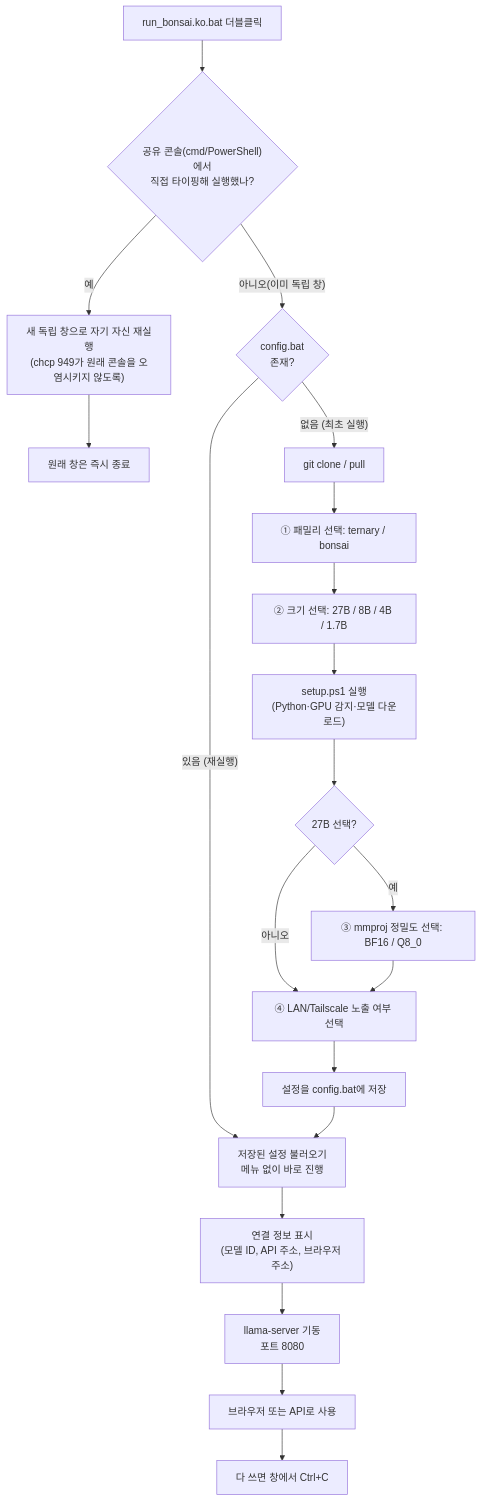
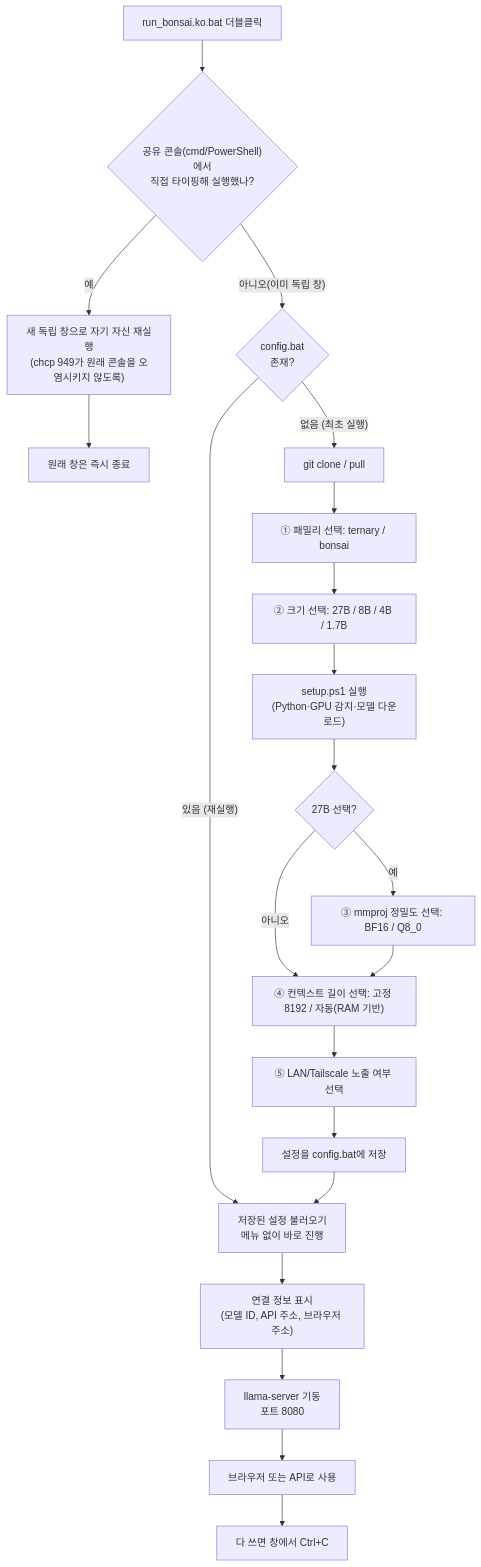
One commit to Basearchio/Easy-bonsai changed the first of 2 diagrams in README.ko.md. Above: the diagram before and after it, drawn with Mermaid. The commit also changed other lines of this file and 6 other files, not shown here.

````diff
--- a/README.ko.md
+++ b/README.ko.md
@@ -50,24 +50,25 @@
 ```mermaid
 flowchart TD
     A["run_bonsai.ko.bat 더블클릭"] --> B{"공유 콘솔(cmd/PowerShell)에서<br/>직접 타이핑해 실행했나?"}
     B -- "예" --> C["새 독립 창으로 자기 자신 재실행<br/>(chcp 949가 원래 콘솔을 오염시키지 않도록)"]
     C --> C2["원래 창은 즉시 종료"]
     B -- "아니오(이미 독립 창)" --> D{"config.bat<br/>존재?"}
 
     D -- "있음 (재실행)" --> E["저장된 설정 불러오기<br/>메뉴 없이 바로 진행"]
     D -- "없음 (최초 실행)" --> F["git clone / pull"]
     F --> G["① 패밀리 선택: ternary / bonsai"]
     G --> H["② 크기 선택: 27B / 8B / 4B / 1.7B"]
     H --> I["setup.ps1 실행<br/>(Python·GPU 감지·모델 다운로드)"]
     I --> I2{"27B 선택?"}
     I2 -- "예" --> I3["③ mmproj 정밀도 선택: BF16 / Q8_0"]
-    I2 -- "아니오" --> J
-    I3 --> J["④ LAN/Tailscale 노출 여부 선택"]
+    I2 -- "아니오" --> P
+    I3 --> P["④ 컨텍스트 길이 선택: 고정 8192 / 자동(RAM 기반)"]
+    P --> J["⑤ LAN/Tailscale 노출 여부 선택"]
     J --> K["설정을 config.bat에 저장"]
     K --> E
 
     E --> L["연결 정보 표시<br/>(모델 ID, API 주소, 브라우저 주소)"]
     L --> M["llama-server 기동<br/>포트 8080"]
     M --> N["브라우저 또는 API로 사용"]
     N --> O["다 쓰면 창에서 Ctrl+C"]
 ```
````
